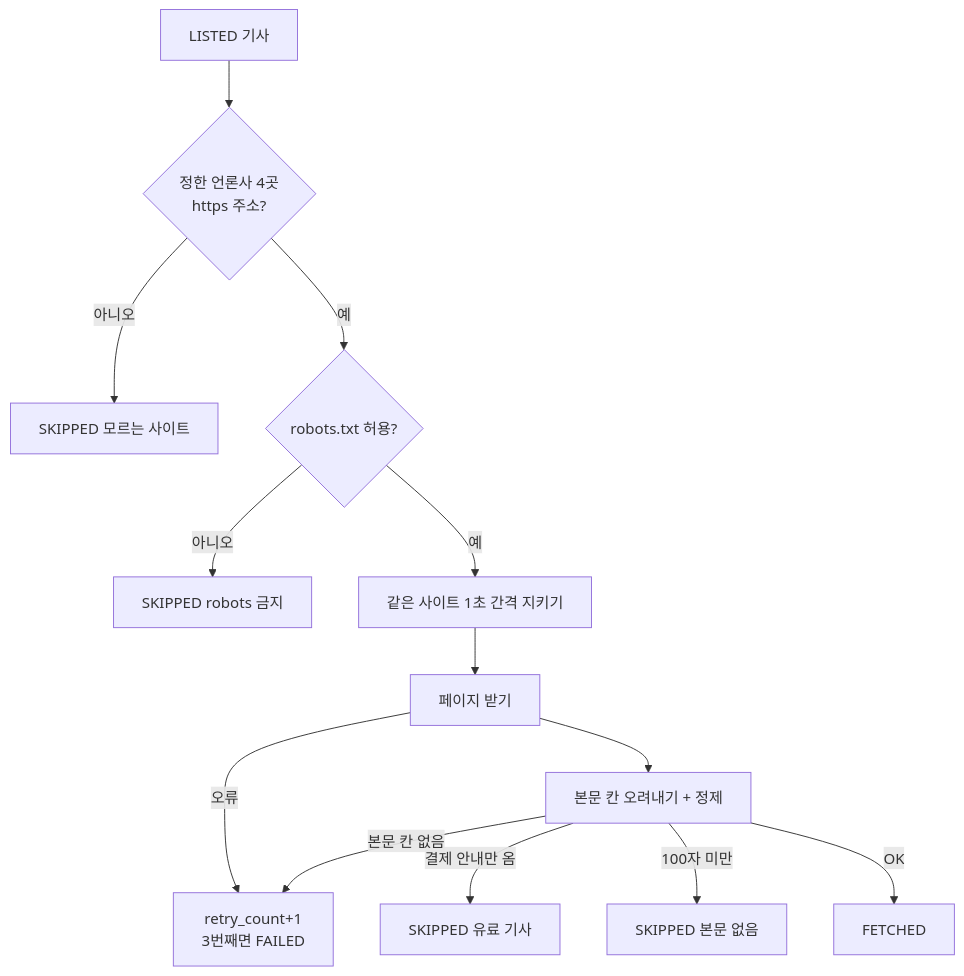
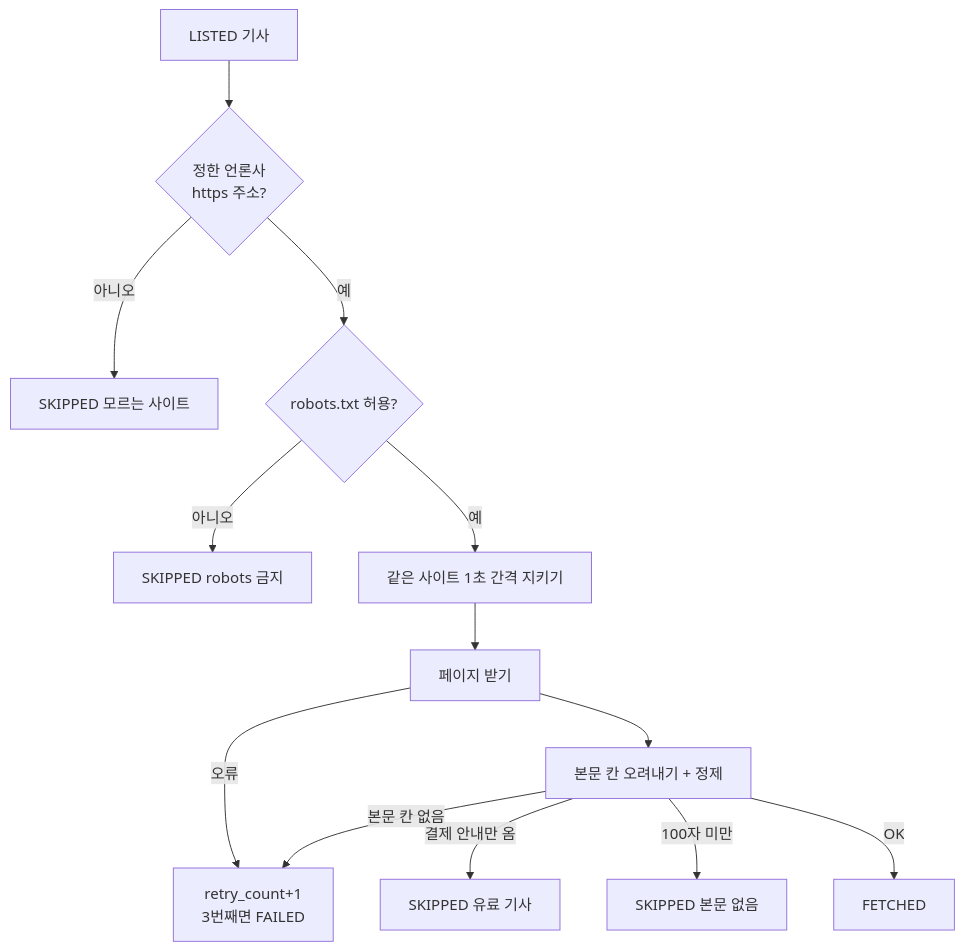
One commit to hk-finance-team2/stock-news-matching changed the diagram in ai/docs/학습/05_4단계_본문.md. Above: the diagram before and after it, drawn with Mermaid. The commit also changed other lines of this file and 15 other files, not shown here.

````diff
--- a/ai/docs/학습/05_4단계_본문.md
+++ b/ai/docs/학습/05_4단계_본문.md
@@ -21,14 +21,14 @@
 ```mermaid
 flowchart TD
-    S[LISTED 기사] --> H{정한 언론사 4곳<br/>https 주소?}
+    S[LISTED 기사] --> H{정한 언론사<br/>https 주소?}
     H -- 아니오 --> K1[SKIPPED 모르는 사이트]
     H -- 예 --> R{robots.txt 허용?}
     R -- 아니오 --> K2[SKIPPED robots 금지]
     R -- 예 --> W[같은 사이트 1초 간격 지키기] --> G[페이지 받기]
     G -- 오류 --> E[retry_count+1<br/>3번째면 FAILED]
     G --> X[본문 칸 오려내기 + 정제]
     X -- 결제 안내만 옴 --> K3[SKIPPED 유료 기사]
     X -- 100자 미만 --> K4[SKIPPED 본문 없음]
     X -- 본문 칸 없음 --> E
     X -- OK --> F[FETCHED]
 ```
````
